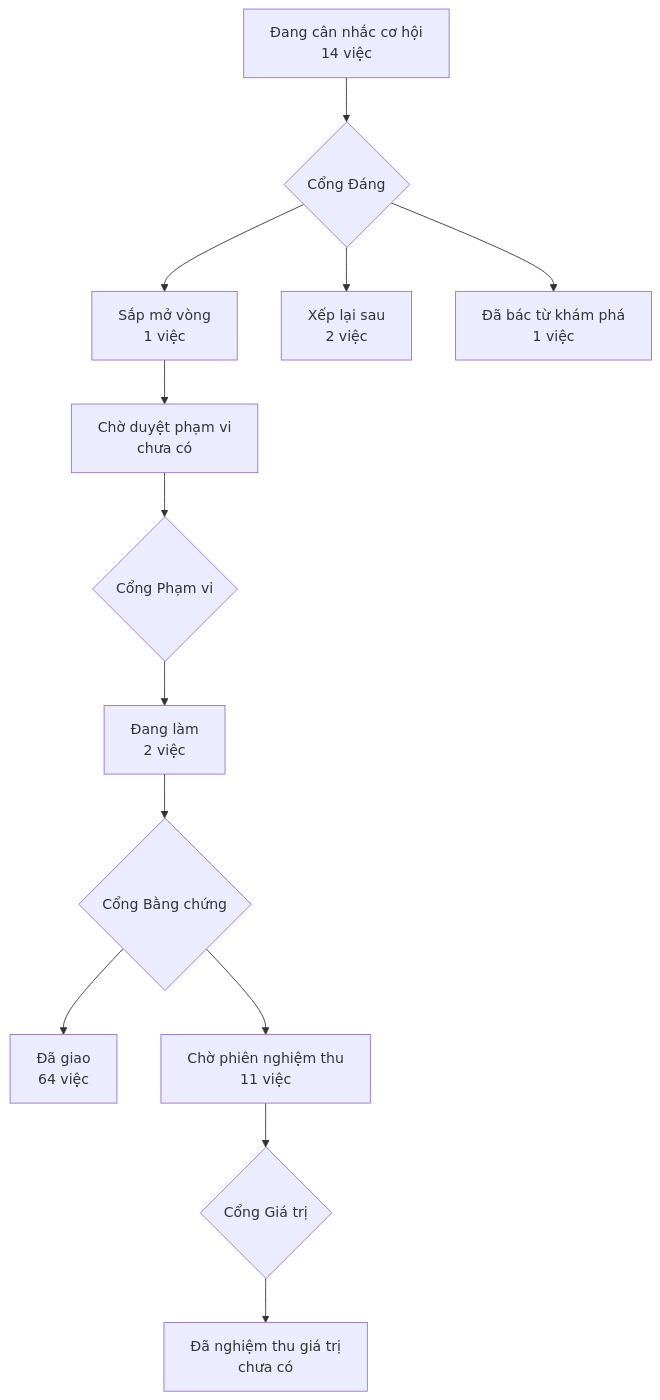
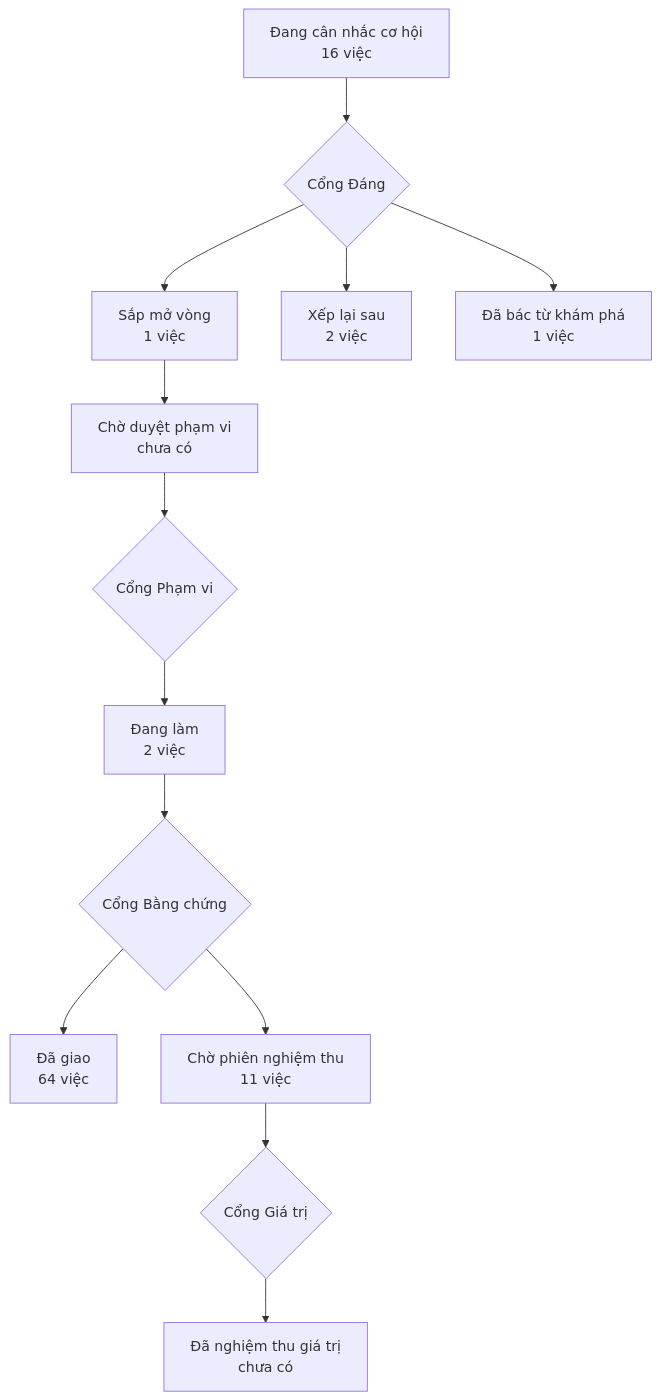
Before and after one commit to phanlemanh/acceptance-gate-kit: the diagram in PRODUCT-MAP.md, drawn with Mermaid. The commit also changed other lines of this file and 1 other file, not shown here.

Commit message:
chip: danh sách chép CI thiếu product-map và đồ nó kéo theo — ca thật từ kho crm
Mở hồ sơ cơ hội (stage: discovery, chủ kho quyết ở Cổng Đáng): acceptance-init
dặn repo tiêu thụ chạy product-map --check trong CI nhưng INIT-CI-COPY-LIST
không chép product-map.mjs lẫn khuôn opportunity-template.md nó đọc; CE2 chỉ
đo hai điểm vào và chỉ bắt *.cjs nên suite kit xanh khi consumer đỏ (crm-onehub
8 lượt CI đỏ, vá tay ở PR #3 của kho đó). Ba ngả sửa liệt kê, không chọn.
Bản đồ vẽ lại bằng máy (nhận cả hồ sơ the-cong-2-giau-loi-trong-hop-dong của
commit trước).

````diff
--- a/PRODUCT-MAP.md
+++ b/PRODUCT-MAP.md
@@ -6,12 +6,12 @@
 ```mermaid
 flowchart TD
-  A["Đang cân nhắc cơ hội<br/>14 việc"] --> GD{"Cổng Đáng"}
+  A["Đang cân nhắc cơ hội<br/>16 việc"] --> GD{"Cổng Đáng"}
   GD --> B["Sắp mở vòng<br/>1 việc"]
   GD --> XL["Xếp lại sau<br/>2 việc"]
   GD --> DB["Đã bác từ khám phá<br/>1 việc"]
   B --> CD["Chờ duyệt phạm vi<br/>chưa có"] --> GP{"Cổng Phạm vi"}
   GP --> DL["Đang làm<br/>2 việc"] --> GB{"Cổng Bằng chứng"}
   GB --> DG["Đã giao<br/>64 việc"]
   GB --> CN["Chờ phiên nghiệm thu<br/>11 việc"] --> GG{"Cổng Giá trị"}
   GG --> NT["Đã nghiệm thu giá trị<br/>chưa có"]
 ```
````
